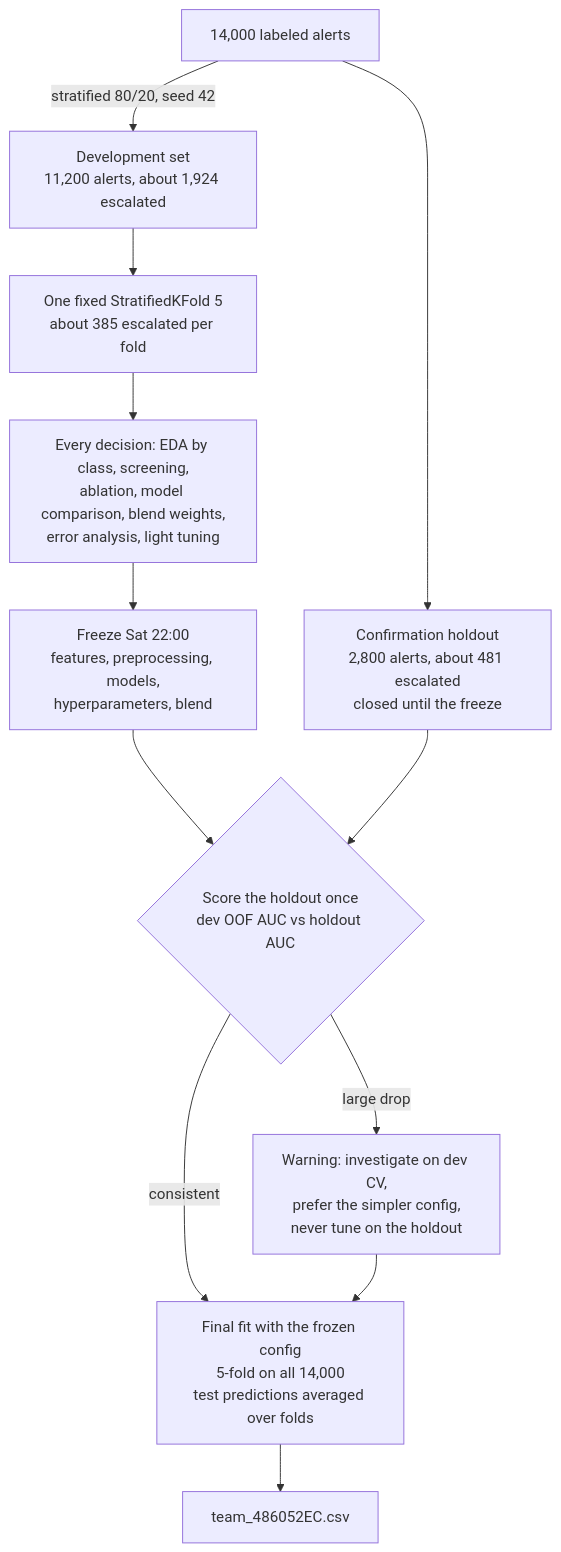
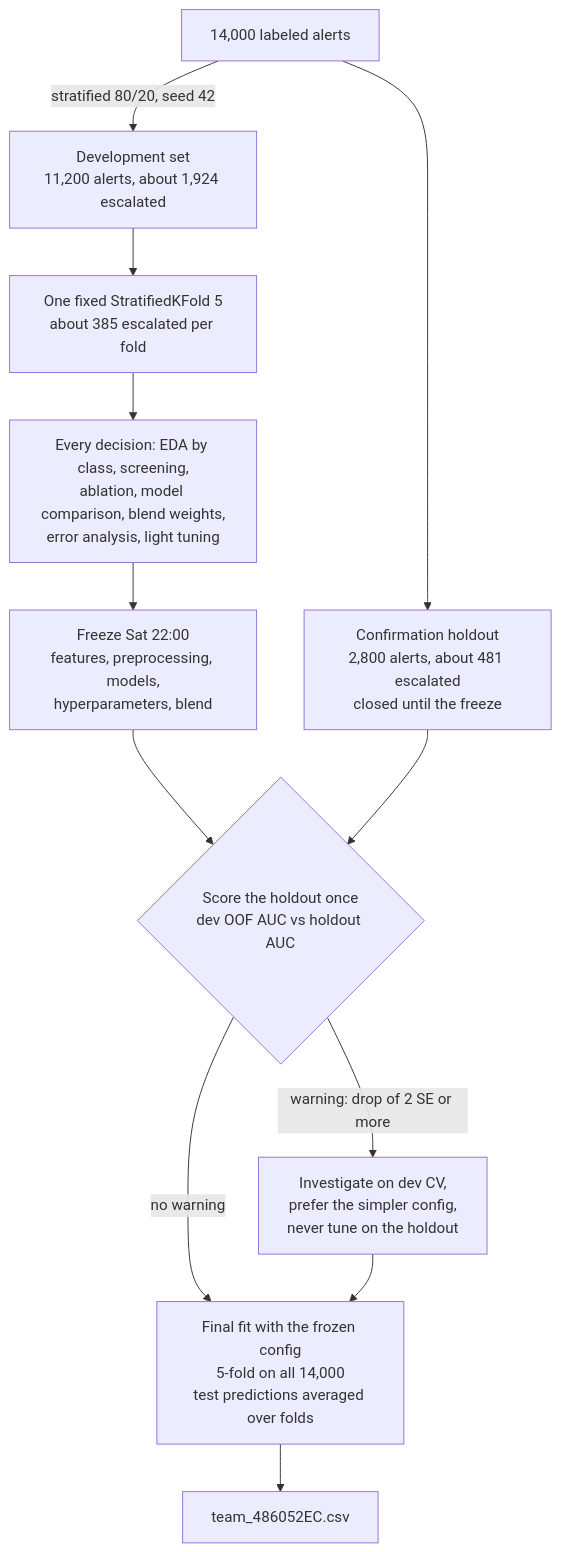
Before and after one commit to dilshodazamjonov/WuitHackathonRYM: the seventh of 12 diagrams in todo.md, drawn with Mermaid. The commit also changed other lines of this file and 5 other files, not shown here.

````diff
--- a/todo.md
+++ b/todo.md
@@ -373,14 +373,14 @@
 ```mermaid
 flowchart TD
     A[14,000 labeled alerts] -->|stratified 80/20, seed 42| DEV[Development set<br/>11,200 alerts, about 1,924 escalated]
     A --> HO[Confirmation holdout<br/>2,800 alerts, about 481 escalated<br/>closed until the freeze]
     DEV --> F5[One fixed StratifiedKFold 5<br/>about 385 escalated per fold]
     F5 --> USE[Every decision: EDA by class, screening,<br/>ablation, model comparison, blend weights,<br/>error analysis, light tuning]
     USE --> FR[Freeze Sat 22:00<br/>features, preprocessing, models,<br/>hyperparameters, blend]
     FR --> CHK{Score the holdout once<br/>dev OOF AUC vs holdout AUC}
     HO --> CHK
-    CHK -->|consistent| FIN[Final fit with the frozen config<br/>5-fold on all 14,000<br/>test predictions averaged over folds]
-    CHK -->|large drop| INV[Warning: investigate on dev CV,<br/>prefer the simpler config,<br/>never tune on the holdout]
+    CHK -->|no warning| FIN[Final fit with the frozen config<br/>5-fold on all 14,000<br/>test predictions averaged over folds]
+    CHK -->|warning: drop of 2 SE or more| INV[Investigate on dev CV,<br/>prefer the simpler config,<br/>never tune on the holdout]
     INV --> FIN
     FIN --> CSV[team_486052EC.csv]
 ```
````
